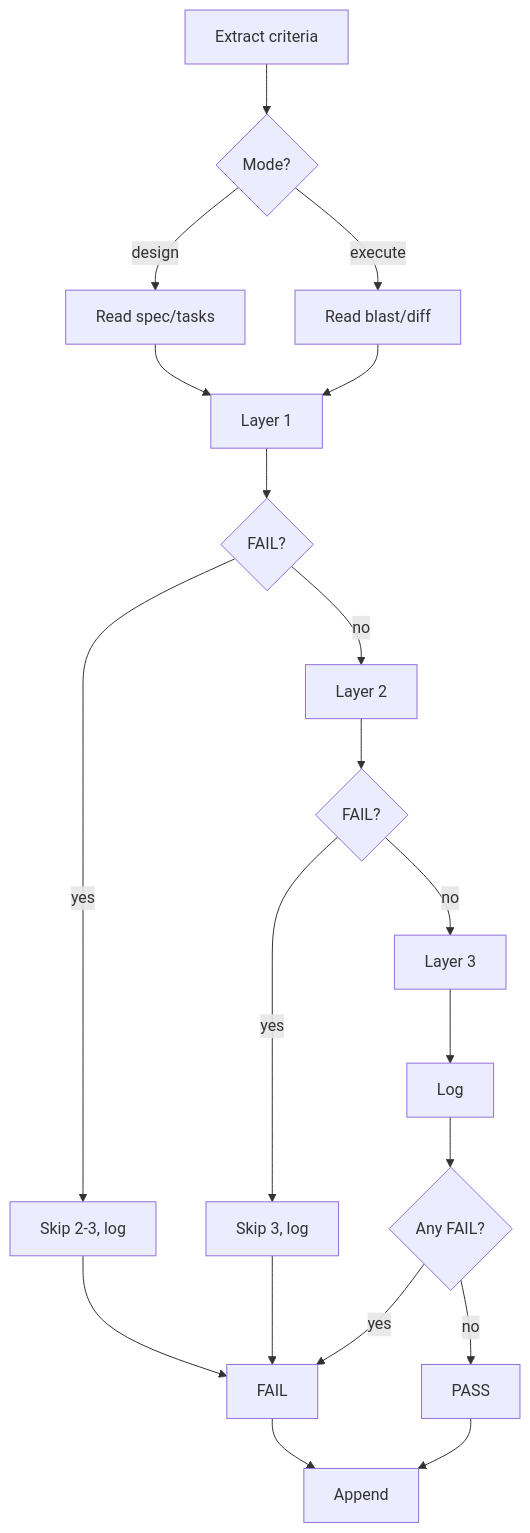
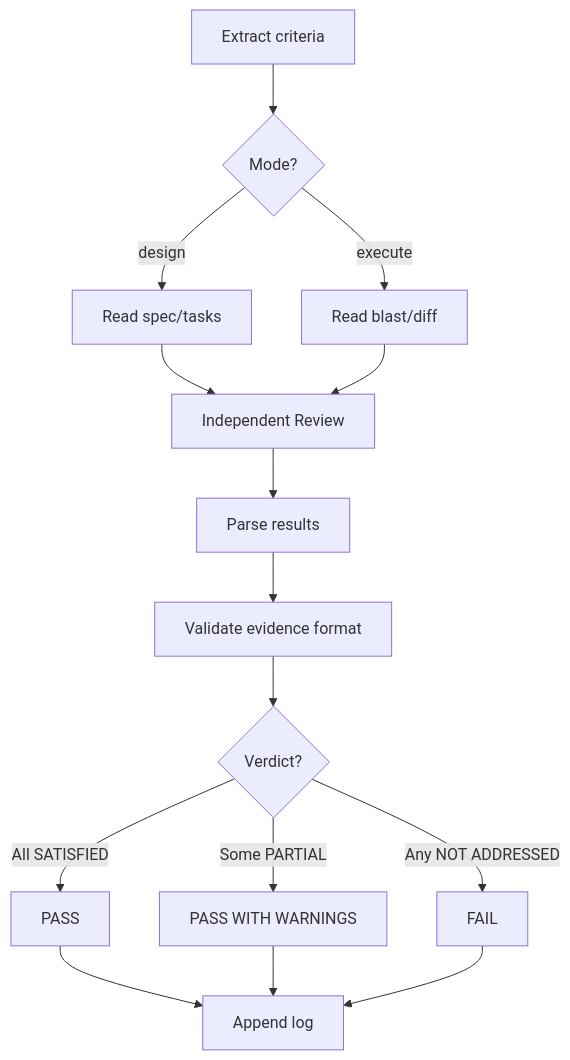
Before and after one commit to neatskills/neat-sdd: the diagram in neat-sdd-gate/SKILL.md, drawn with Mermaid. The commit also changed other lines of this file and 1 other file, not shown here.

First line of the commit message:
refactor(gate): simplify from 3-layer to single Independent Review

````diff
--- a/neat-sdd-gate/SKILL.md
+++ b/neat-sdd-gate/SKILL.md
@@ -52,22 +56,17 @@
 ```mermaid
 graph TD
     A[Extract criteria] --> B{Mode?}
     B -->|design| C[Read spec/tasks]
     B -->|execute| D[Read blast/diff]
-    C --> E[Layer 1]
+    C --> E[Independent Review]
     D --> E
-    E --> F{FAIL?}
-    F -->|yes| K[Skip 2-3, log]
-    F -->|no| G[Layer 2]
-    G --> H{FAIL?}
-    H -->|yes| L[Skip 3, log]
-    H -->|no| I[Layer 3]
-    I --> J[Log]
-    J --> M{Any FAIL?}
-    K --> N[FAIL]
-    L --> N
-    M -->|yes| N
-    M -->|no| O[PASS]
-    N --> P[Append]
-    O --> P
+    E --> F[Parse results]
+    F --> G[Validate evidence format]
+    G --> H{Verdict?}
+    H -->|All SATISFIED| I[PASS]
+    H -->|Some PARTIAL| J[PASS WITH WARNINGS]
+    H -->|Any NOT ADDRESSED| K[FAIL]
+    I --> L[Append log]
+    J --> L
+    K --> L
 ```
````
